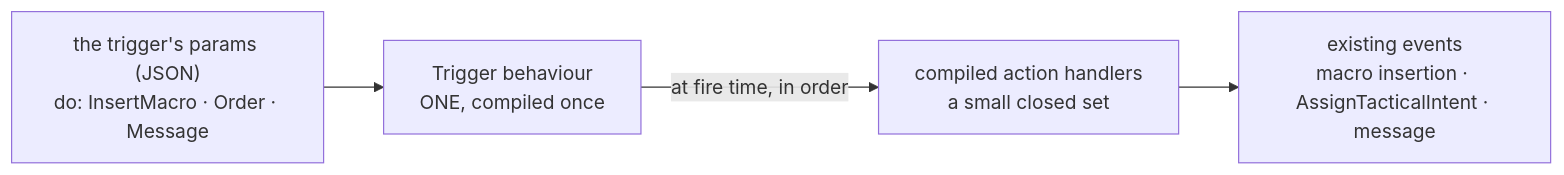
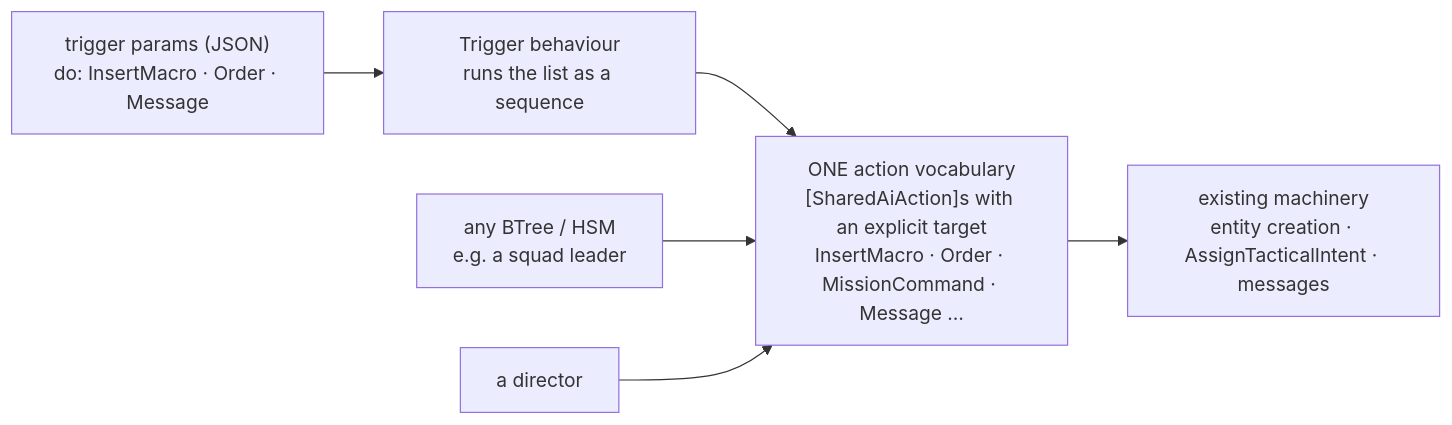
Before and after one commit to pjanec/HROT: the eighth of 10 diagrams in docs/EXPLAINER_Scenario_Evaluation_And_Direction.md, drawn with Mermaid. The commit also changed other lines of this file and 1 other file, not shown here.

First line of the commit message:
docs: SR-93 one action vocabulary — trigger verbs are target-explicit stateful shared actions that wait for completion; explainer §2.3/§2.5

````diff
--- a/docs/EXPLAINER_Scenario_Evaluation_And_Direction.md
+++ b/docs/EXPLAINER_Scenario_Evaluation_And_Direction.md
@@ -220,10 +227,14 @@
 ```mermaid
 graph LR
-    P["the trigger's params (JSON)<br/>do: InsertMacro · Order · Message"]
-    TB["Trigger behaviour<br/>ONE, compiled once"]
-    H["compiled action handlers<br/>a small closed set"]
-    E["existing events<br/>macro insertion · AssignTacticalIntent · message"]
+    P["trigger params (JSON)<br/>do: InsertMacro · Order · Message"]
+    TB["Trigger behaviour<br/>runs the list as a sequence"]
+    BT["any BTree / HSM<br/>e.g. a squad leader"]
+    DR["a director"]
+    V["ONE action vocabulary<br/>[SharedAiAction]s with an explicit target<br/>InsertMacro · Order · MissionCommand · Message …"]
+    E["existing machinery<br/>entity creation · AssignTacticalIntent · messages"]
     P --> TB
-    TB -- "at fire time, in order" --> H
-    H --> E
+    TB --> V
+    BT --> V
+    DR --> V
+    V --> E
 ```
````
